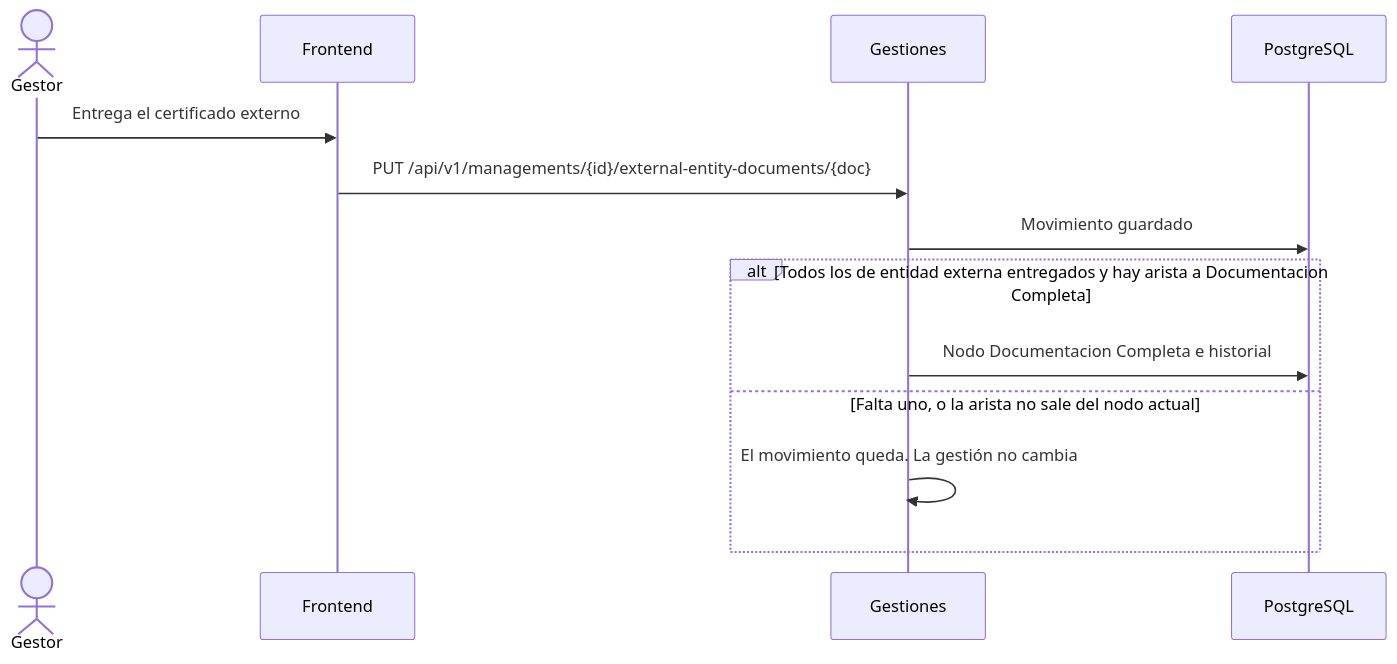
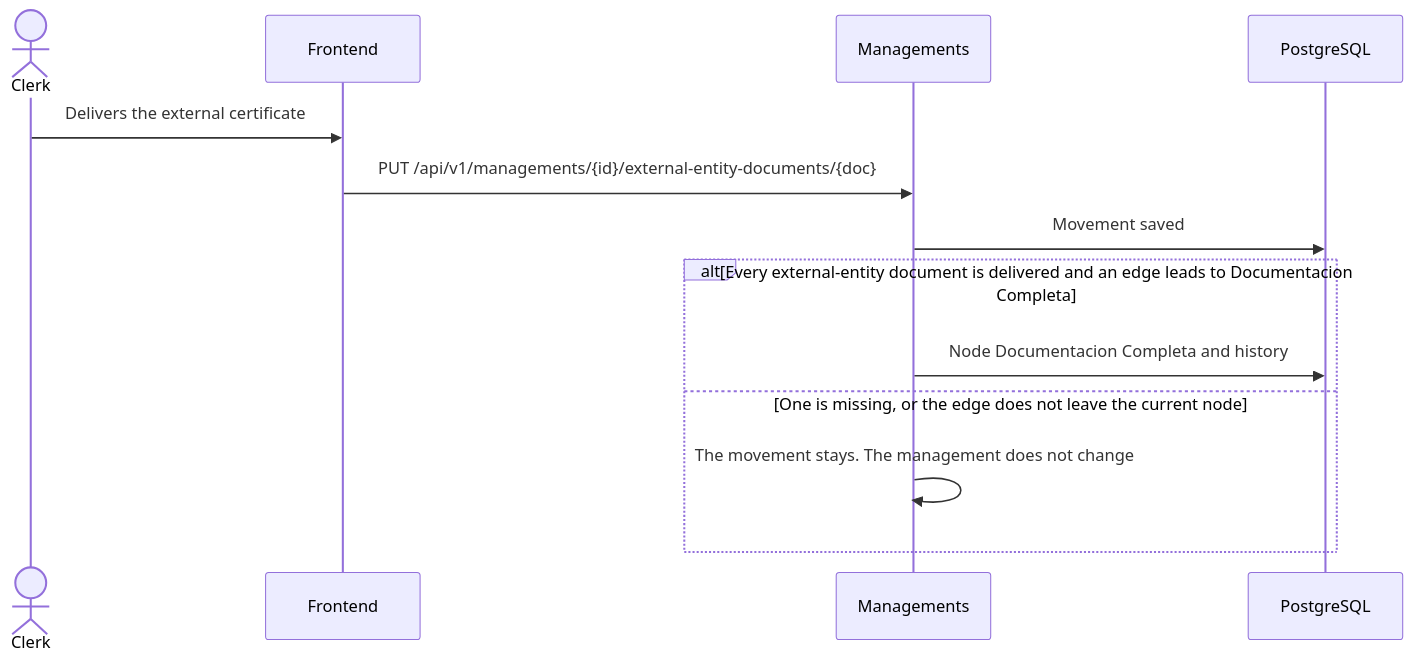
The third of 9 diagrams in docs/200-architecture/203-design/GESTION.md (matiaspakua/notaire), drawn with Mermaid before and after one commit. The commit also changed other lines of this file and 165 other files, not shown here.

First line of the commit message:
[#1490] docs(architecture): write CU sequence steps in English (#1505)

````diff
--- a/docs/200-architecture/203-design/GESTION.md
+++ b/docs/200-architecture/203-design/GESTION.md
@@ -119,16 +120,16 @@
 ```mermaid
 sequenceDiagram
-  actor Gestor
+  actor Clerk
   participant FE as Frontend
-  participant API as Gestiones
+  participant API as Managements
   participant DB as PostgreSQL
 
-  Gestor->>FE: Entrega el certificado externo
+  Clerk->>FE: Delivers the external certificate
   FE->>API: PUT /api/v1/managements/{id}/external-entity-documents/{doc}
-  API->>DB: Movimiento guardado
-  alt Todos los de entidad externa entregados y hay arista a Documentacion Completa
-    API->>DB: Nodo Documentacion Completa e historial
-  else Falta uno, o la arista no sale del nodo actual
-    API->>API: El movimiento queda. La gestión no cambia
+  API->>DB: Movement saved
+  alt Every external-entity document is delivered and an edge leads to Documentacion Completa
+    API->>DB: Node Documentacion Completa and history
+  else One is missing, or the edge does not leave the current node
+    API->>API: The movement stays. The management does not change
   end
 ```
````
